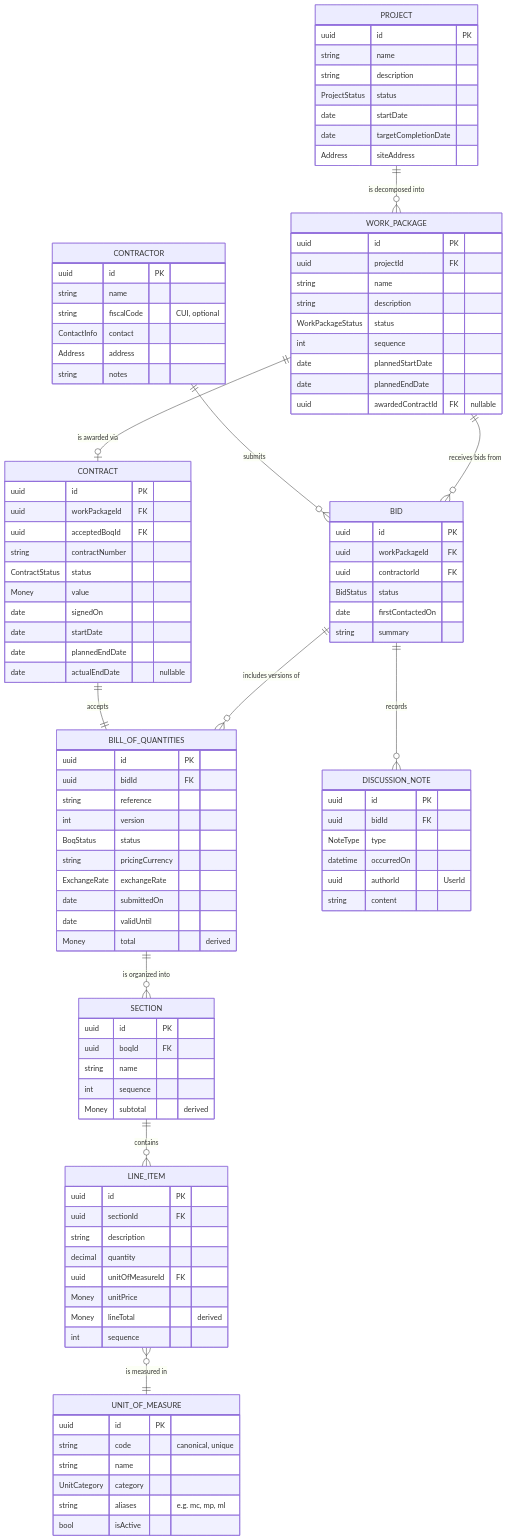
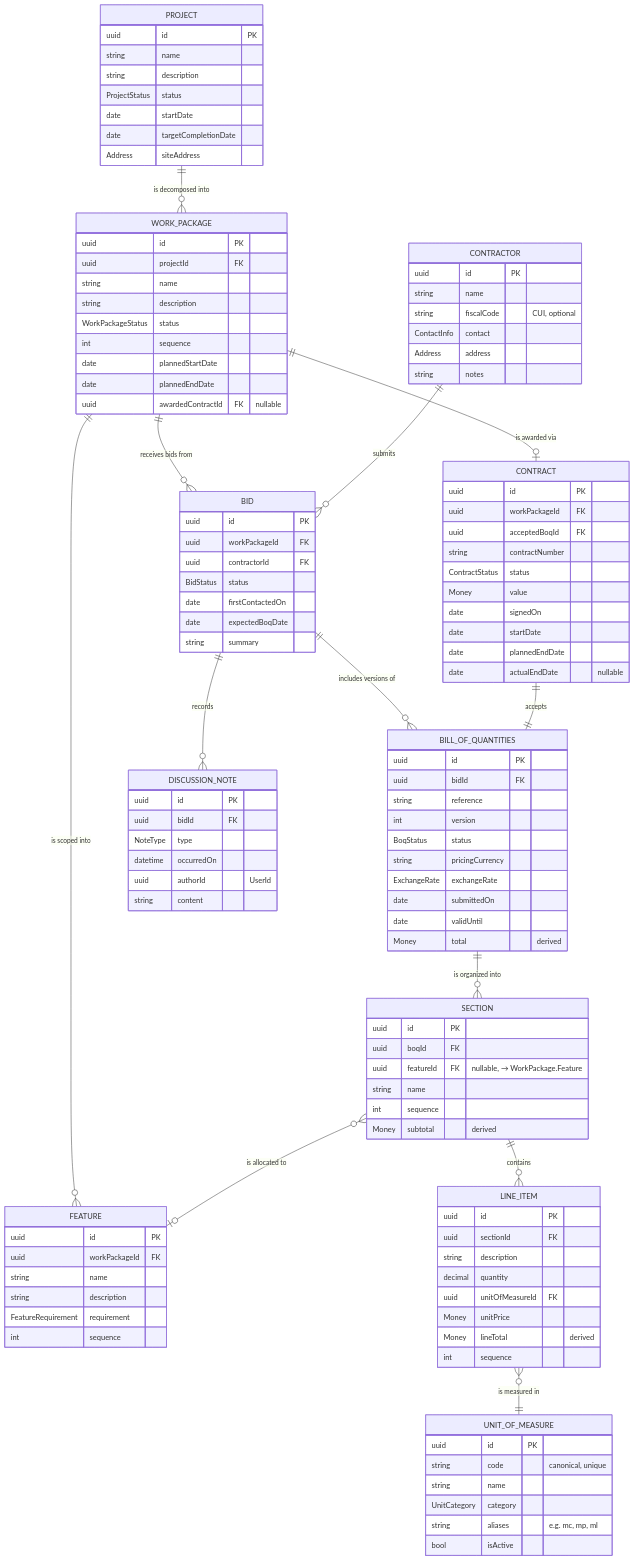
One commit to grajdeanserghei/home-building-crm changed the diagram in docs/architecture/domain-model.md. Above: the diagram before and after it, drawn with Mermaid. The commit also changed other lines of this file and 1 other file, not shown here.

````diff
--- a/docs/architecture/domain-model.md
+++ b/docs/architecture/domain-model.md
@@ -40,6 +41,7 @@
 ```mermaid
 erDiagram
     PROJECT ||--o{ WORK_PACKAGE : "is decomposed into"
+    WORK_PACKAGE ||--o{ FEATURE : "is scoped into"
     WORK_PACKAGE ||--o{ BID : "receives bids from"
     CONTRACTOR ||--o{ BID : "submits"
     BID ||--o{ BILL_OF_QUANTITIES : "includes versions of"
@@ -48,6 +50,7 @@
     CONTRACT ||--|| BILL_OF_QUANTITIES : "accepts"
     BILL_OF_QUANTITIES ||--o{ SECTION : "is organized into"
     SECTION ||--o{ LINE_ITEM : "contains"
+    SECTION }o--o| FEATURE : "is allocated to"
     LINE_ITEM }o--|| UNIT_OF_MEASURE : "is measured in"
 
     PROJECT {
@@ -70,6 +73,14 @@
         date plannedEndDate
         uuid awardedContractId FK "nullable"
     }
+    FEATURE {
+        uuid id PK
+        uuid workPackageId FK
+        string name
+        string description
+        FeatureRequirement requirement
+        int sequence
+    }
     CONTRACTOR {
         uuid id PK
         string name
@@ -84,6 +95,7 @@
         uuid contractorId FK
         BidStatus status
         date firstContactedOn
+        date expectedBoqDate
         string summary
     }
     DISCUSSION_NOTE {
@@ -121,6 +133,7 @@
     SECTION {
         uuid id PK
         uuid boqId FK
+        uuid featureId FK "nullable, → WorkPackage.Feature"
         string name
         int sequence
         Money subtotal "derived"
````
